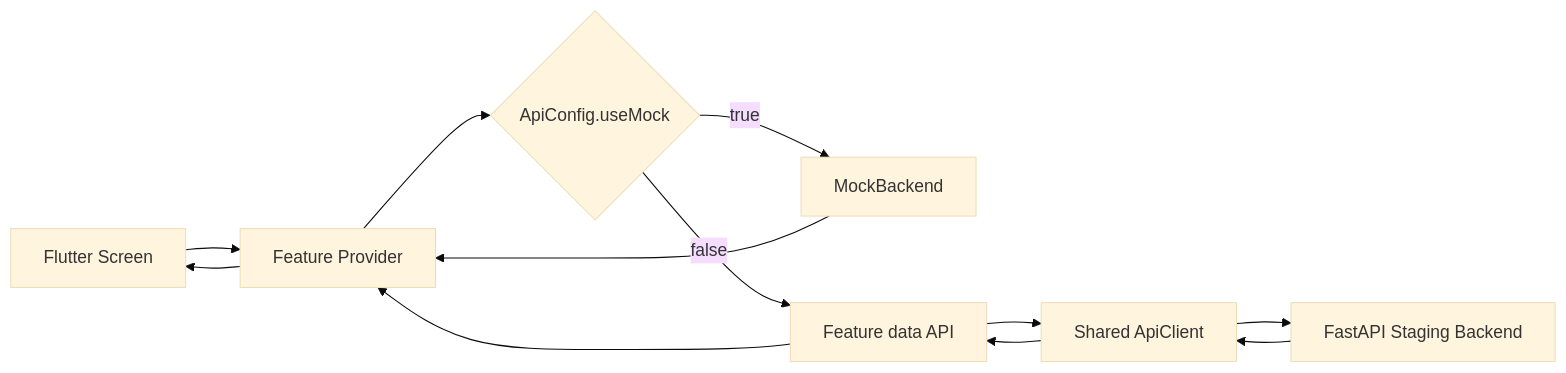
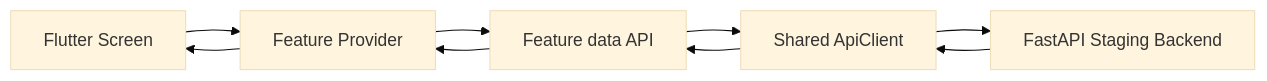
One commit to kookmin-sw/2026-capstone-18 changed the second of 4 diagrams in README.md. Above: the diagram before and after it, drawn with Mermaid (base theme). The commit also changed other lines of this file and 15 other files, not shown here.

First line of the commit message:
chore(frontend): remove MockBackend and useMock flag

````diff
--- a/README.md
+++ b/README.md
@@ -597,14 +594,11 @@
 ```mermaid
 flowchart LR
     UI[Flutter Screen] --> Provider[Feature Provider]
-    Provider --> Mode{ApiConfig.useMock}
-    Mode -->|true| Mock[MockBackend]
-    Mode -->|false| API[Feature data API]
+    Provider --> API[Feature data API]
     API --> Client[Shared ApiClient]
     Client --> Backend[FastAPI Staging Backend]
     Backend --> Client
     Client --> API
     API --> Provider
-    Mock --> Provider
     Provider --> UI
 ```
````
